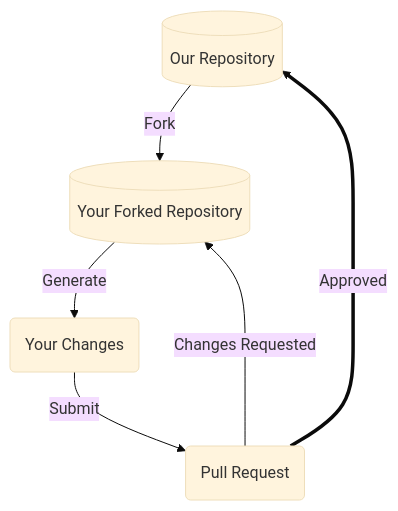
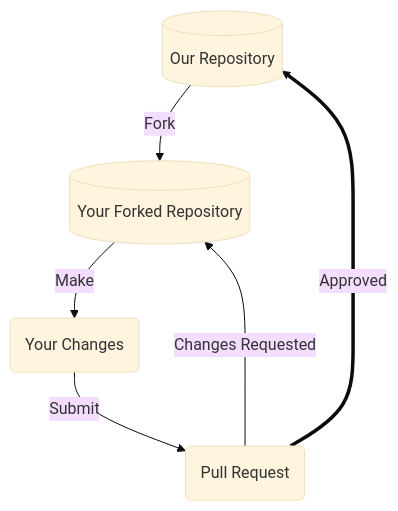
Before and after one commit to NASA-AMMOS/slim: the diagram in documentation/starter-kits/CONTRIBUTING/CONTRIBUTING.md, drawn with Mermaid (base theme). The commit also changed other lines of this file and 1 other file, not shown here.

````diff
--- a/documentation/starter-kits/CONTRIBUTING/CONTRIBUTING.md
+++ b/documentation/starter-kits/CONTRIBUTING/CONTRIBUTING.md
@@ -44,8 +44,8 @@
 ```mermaid
 flowchart TD
     repo_proj[(Our Repository)]-->|Fork|repo_fork[(Your Forked Repository)]
-    repo_fork-->|Generate|patch(Your Changes)
+    repo_fork-->|Make|patch(Your Changes)
     patch-->|Submit|pr(Pull Request)
     pr==>|Approved|repo_proj
     pr-->|Changes Requested|repo_fork
 ```
````
